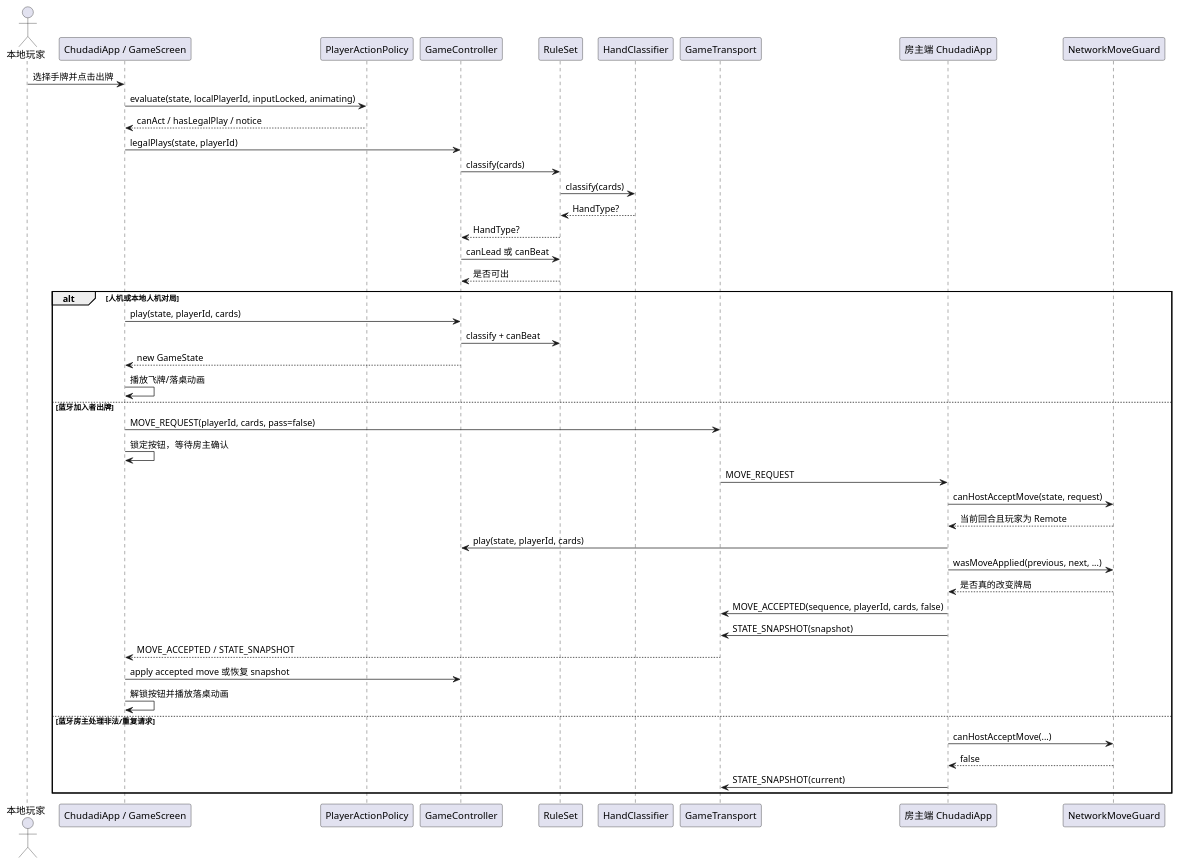
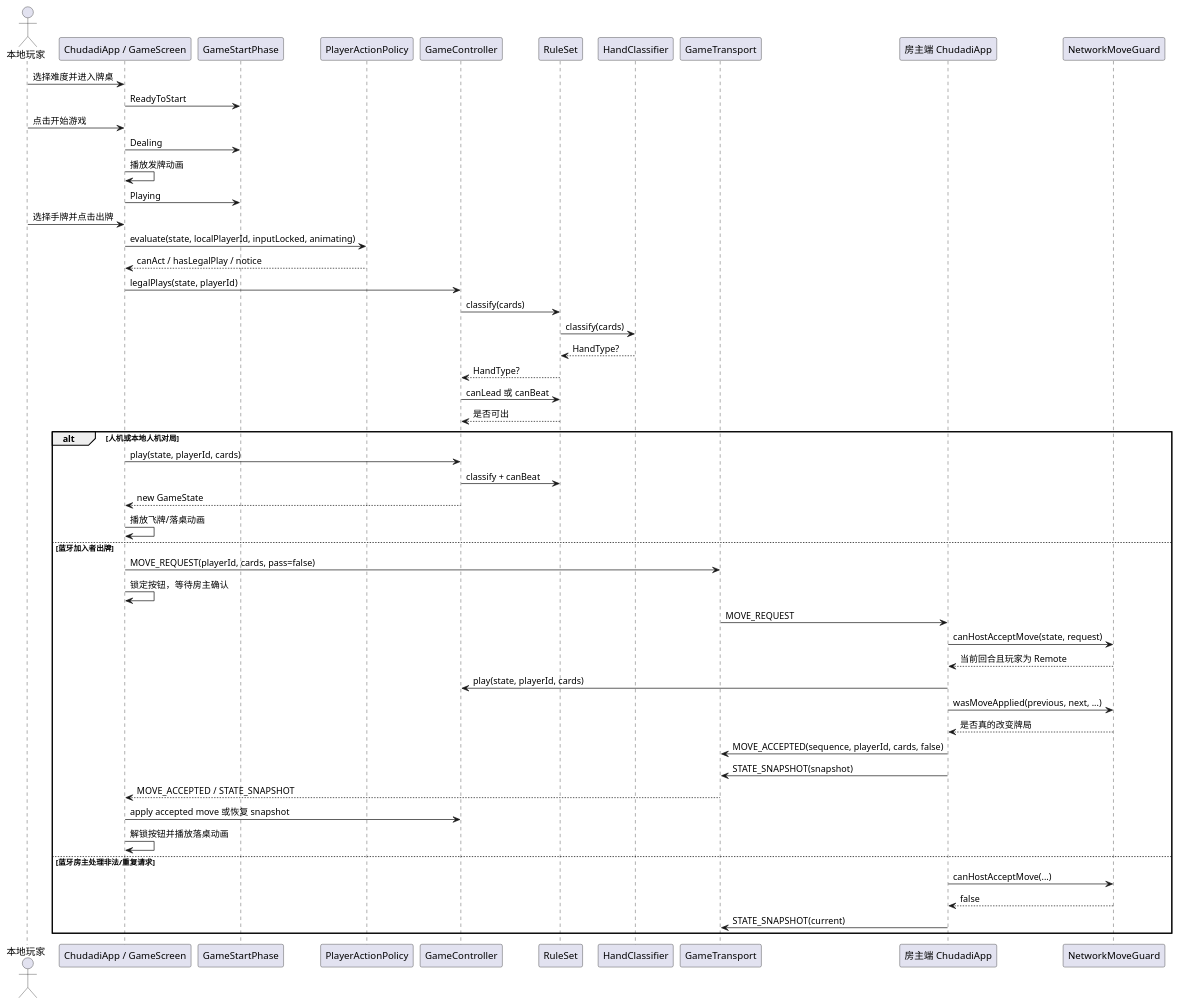
The diagram in docs/uml/sequence_game_turn.puml (Mojieeee/uml_chudadi), drawn with PlantUML before and after one commit. The commit also changed 22 other files, not shown here.

Commit message:
feat:更新了docs下的文档以及uml图

```diff
--- a/docs/uml/sequence_game_turn.puml
+++ b/docs/uml/sequence_game_turn.puml
@@ -1,47 +1,54 @@
 @startuml
 actor "本地玩家" as Player
 participant "ChudadiApp / GameScreen" as View
+participant "GameStartPhase" as Phase
 participant "PlayerActionPolicy" as Policy
 participant "GameController" as Controller
 participant "RuleSet" as Rule
 participant "HandClassifier" as Classifier
 participant "GameTransport" as Transport
 participant "房主端 ChudadiApp" as Host
 participant "NetworkMoveGuard" as Guard
 
+Player -> View: 选择难度并进入牌桌
+View -> Phase: ReadyToStart
+Player -> View: 点击开始游戏
+View -> Phase: Dealing
+View -> View: 播放发牌动画
+View -> Phase: Playing
 Player -> View: 选择手牌并点击出牌
 View -> Policy: evaluate(state, localPlayerId, inputLocked, animating)
 Policy --> View: canAct / hasLegalPlay / notice
 View -> Controller: legalPlays(state, playerId)
 Controller -> Rule: classify(cards)
 Rule -> Classifier: classify(cards)
 Classifier --> Rule: HandType?
 Rule --> Controller: HandType?
 Controller -> Rule: canLead 或 canBeat
 Rule --> Controller: 是否可出
 
 alt 人机或本地人机对局
   View -> Controller: play(state, playerId, cards)
   Controller -> Rule: classify + canBeat
   Controller --> View: new GameState
   View -> View: 播放飞牌/落桌动画
 else 蓝牙加入者出牌
   View -> Transport: MOVE_REQUEST(playerId, cards, pass=false)
   View -> View: 锁定按钮，等待房主确认
   Transport -> Host: MOVE_REQUEST
   Host -> Guard: canHostAcceptMove(state, request)
   Guard --> Host: 当前回合且玩家为 Remote
   Host -> Controller: play(state, playerId, cards)
   Host -> Guard: wasMoveApplied(previous, next, ...)
   Guard --> Host: 是否真的改变牌局
   Host -> Transport: MOVE_ACCEPTED(sequence, playerId, cards, false)
   Host -> Transport: STATE_SNAPSHOT(snapshot)
   Transport --> View: MOVE_ACCEPTED / STATE_SNAPSHOT
   View -> Controller: apply accepted move 或恢复 snapshot
   View -> View: 解锁按钮并播放落桌动画
 else 蓝牙房主处理非法/重复请求
   Host -> Guard: canHostAcceptMove(...)
   Guard --> Host: false
   Host -> Transport: STATE_SNAPSHOT(current)
 end
 @enduml
```
